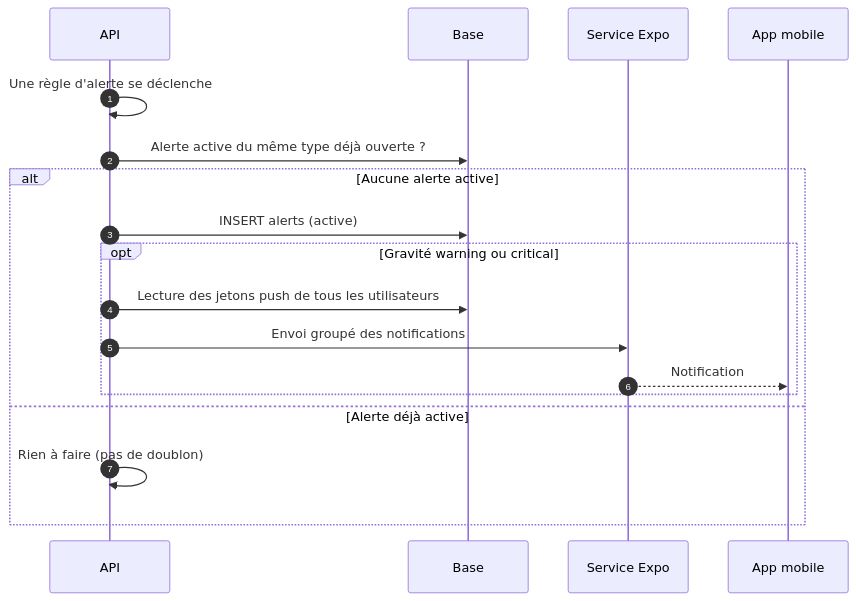
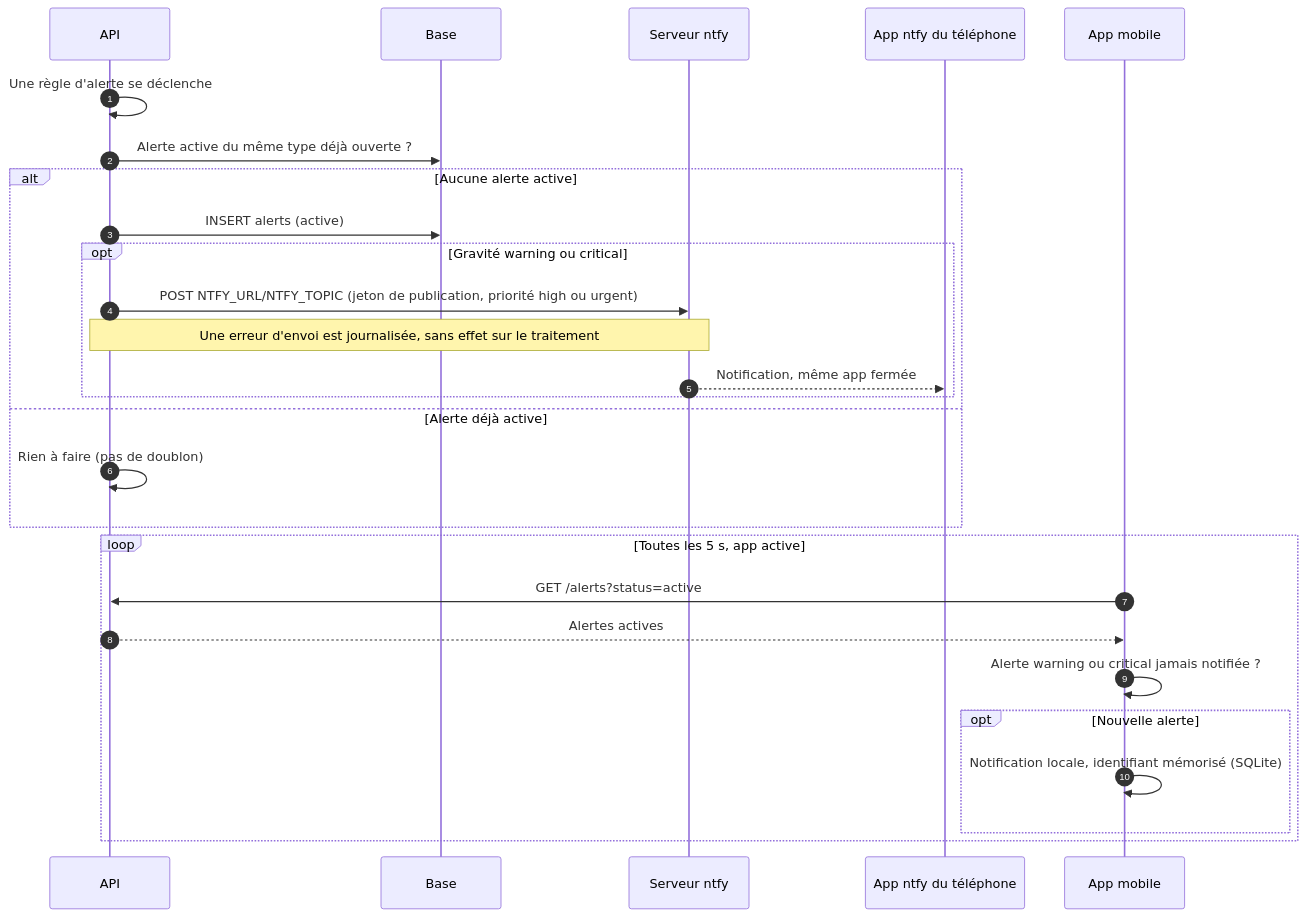
One commit to SamuelLnds/proj-app-mobile-co changed the seventh of 13 diagrams in docs/conception/02-uml.md. Above: the diagram before and after it, drawn with Mermaid. The commit also changed other lines of this file and 5 other files, not shown here.

First line of the commit message:
docs(design): remplace le push Expo par les notifications locales et ntfy

````diff
--- a/docs/conception/02-uml.md
+++ b/docs/conception/02-uml.md
@@ -353,21 +350,31 @@
 ```mermaid
 sequenceDiagram
   autonumber
   participant API as API
   participant DB as Base
-  participant X as Service Expo
+  participant N as Serveur ntfy
+  participant P as App ntfy du téléphone
   participant App as App mobile
 
   API->>API: Une règle d'alerte se déclenche
   API->>DB: Alerte active du même type déjà ouverte ?
   alt Aucune alerte active
     API->>DB: INSERT alerts (active)
     opt Gravité warning ou critical
-      API->>DB: Lecture des jetons push de tous les utilisateurs
-      API->>X: Envoi groupé des notifications
-      X-->>App: Notification
+      API->>N: POST NTFY_URL/NTFY_TOPIC (jeton de publication, priorité high ou urgent)
+      Note over API,N: Une erreur d'envoi est journalisée, sans effet sur le traitement
+      N-->>P: Notification, même app fermée
     end
   else Alerte déjà active
     API->>API: Rien à faire (pas de doublon)
   end
+
+  loop Toutes les 5 s, app active
+    App->>API: GET /alerts?status=active
+    API-->>App: Alertes actives
+    App->>App: Alerte warning ou critical jamais notifiée ?
+    opt Nouvelle alerte
+      App->>App: Notification locale, identifiant mémorisé (SQLite)
+    end
+  end
 ```
````
